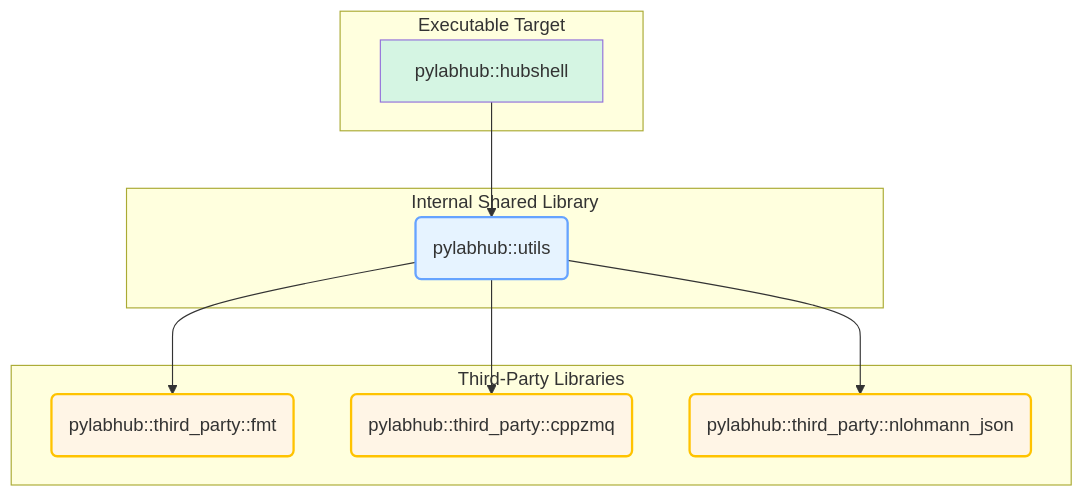
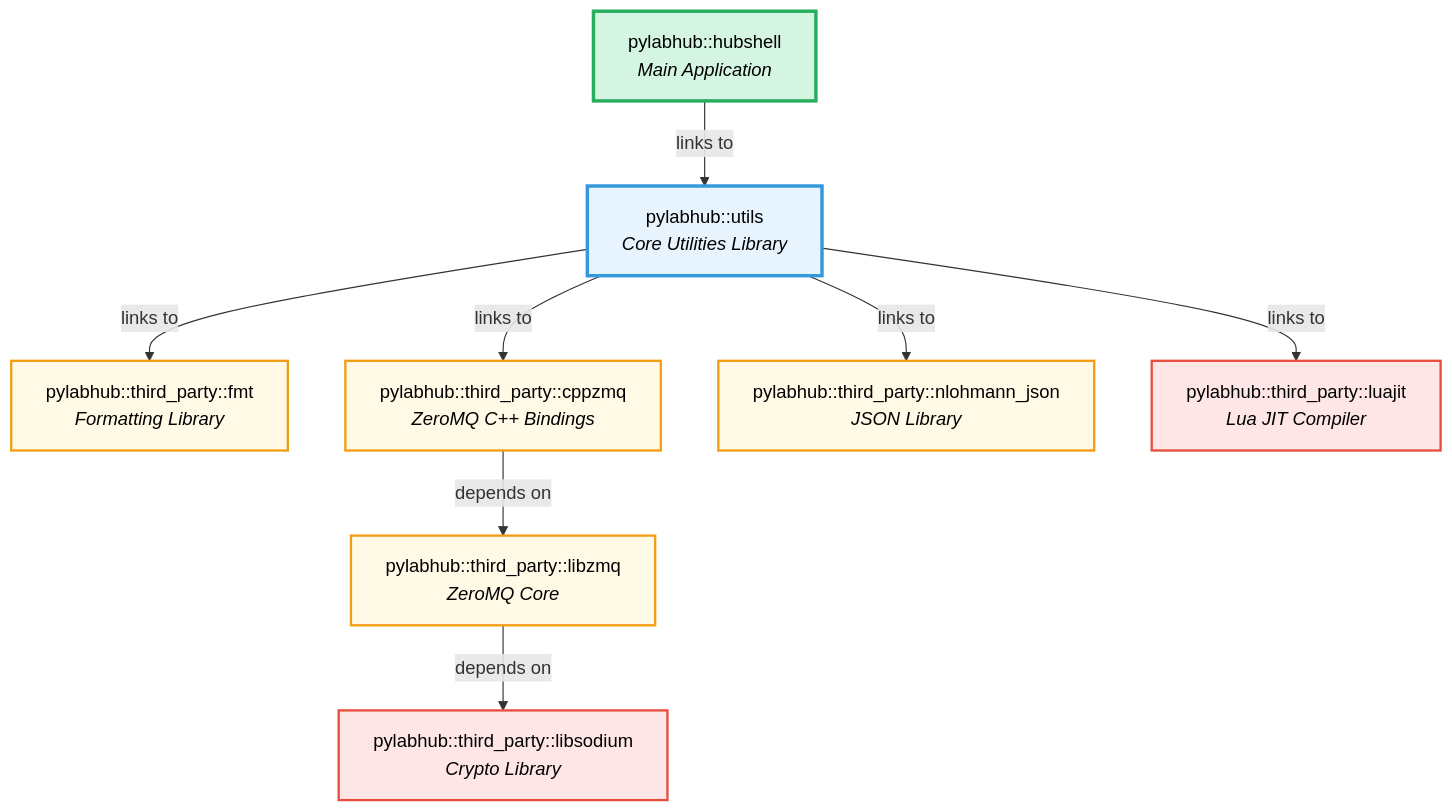
Before and after one commit to Qing-LAB/pylabhub: the first of 3 diagrams in cpp/docs/README_CMake_Design.md, drawn with Mermaid. The commit also changed other lines of this file and 86 other files, not shown here.

````diff
--- a/cpp/docs/README_CMake_Design.md
+++ b/cpp/docs/README_CMake_Design.md
@@ -61,27 +182,38 @@
 ```mermaid
 graph TD
-    subgraph "Executable Target"
-        A[pylabhub::hubshell]
-    end
+    %% Main Application
+    A[pylabhub::hubshell<br/><i>Main Application</i>]
     
-    subgraph "Internal Shared Library"
-        B(pylabhub::utils)
-    end
+    %% Internal Library
+    B[pylabhub::utils<br/><i>Core Utilities Library</i>]
     
-    subgraph "Third-Party Libraries"
-        C(pylabhub::third_party::fmt)
-        D(pylabhub::third_party::cppzmq)
-        E(pylabhub::third_party::nlohmann_json)
-    end
+    %% Type A: Native CMake Third-Party
+    C[pylabhub::third_party::fmt<br/><i>Formatting Library</i>]
+    D[pylabhub::third_party::cppzmq<br/><i>ZeroMQ C++ Bindings</i>]
+    E[pylabhub::third_party::nlohmann_json<br/><i>JSON Library</i>]
+    F[pylabhub::third_party::libzmq<br/><i>ZeroMQ Core</i>]
     
-    A --> B;
-    B --> C;
-    B --> D;
-    B --> E;
-
-    style A fill:#D5F5E3
-    style B fill:#E6F3FF,stroke:#66a3ff,stroke-width:2px
-    style C fill:#FFF5E6,stroke:#FFC300,stroke-width:2px
-    style D fill:#FFF5E6,stroke:#FFC300,stroke-width:2px
-    style E fill:#FFF5E6,stroke:#FFC300,stroke-width:2px
+    %% Type B: External Prerequisites
+    G[pylabhub::third_party::libsodium<br/><i>Crypto Library</i>]
+    H[pylabhub::third_party::luajit<br/><i>Lua JIT Compiler</i>]
+    
+    %% Dependencies
+    A -->|links to| B
+    B -->|links to| C
+    B -->|links to| D
+    B -->|links to| E
+    B -->|links to| H
+    D -->|depends on| F
+    F -->|depends on| G
+    
+    %% Styling
+    classDef executable fill:#D5F5E3,stroke:#27AE60,stroke-width:3px,color:#000
+    classDef internal fill:#E8F4FD,stroke:#3498DB,stroke-width:3px,color:#000
+    classDef typeA fill:#FFF9E6,stroke:#F39C12,stroke-width:2px,color:#000
+    classDef typeB fill:#FFE6E6,stroke:#E74C3C,stroke-width:2px,color:#000
+    
+    class A executable
+    class B internal
+    class C,D,E,F typeA
+    class G,H typeB
 ```
````
